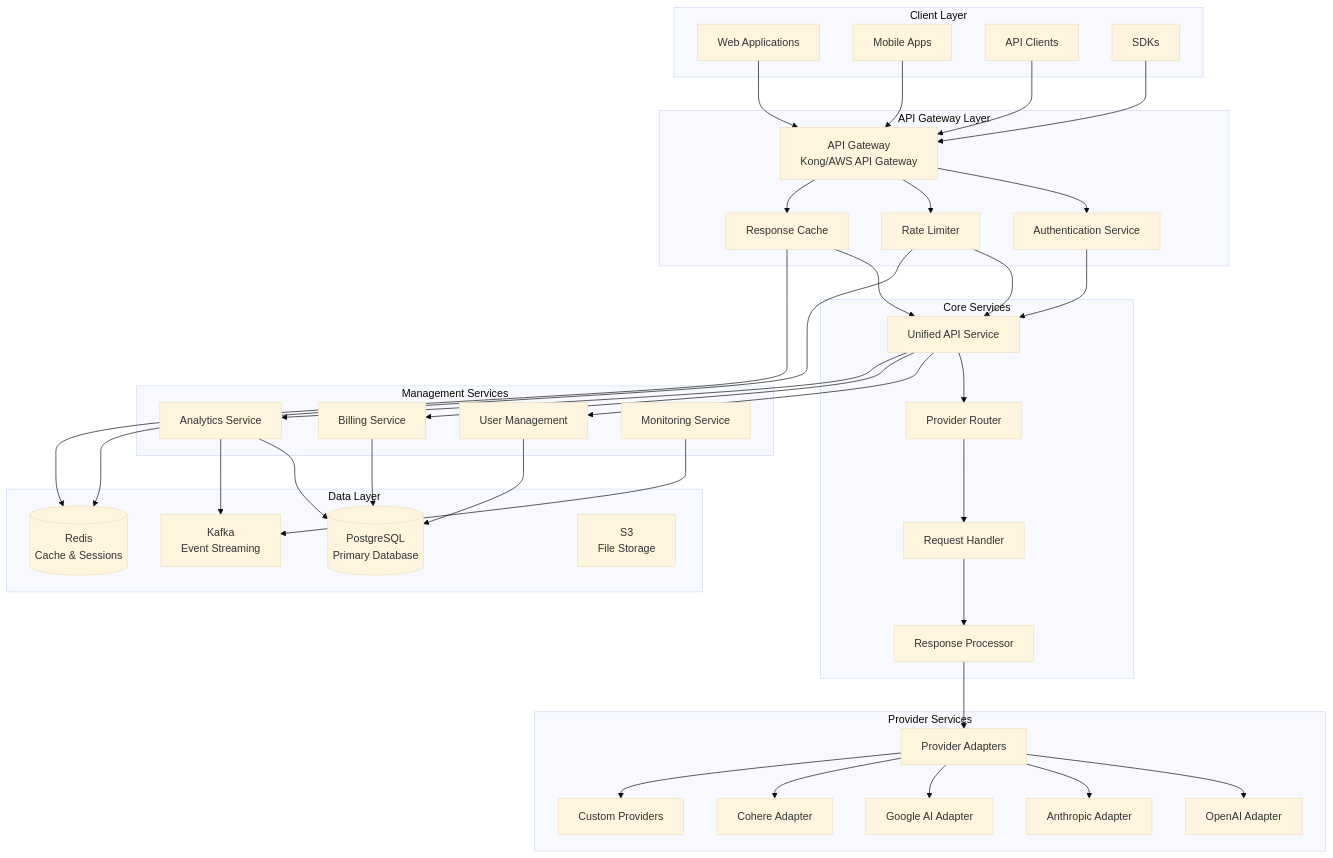
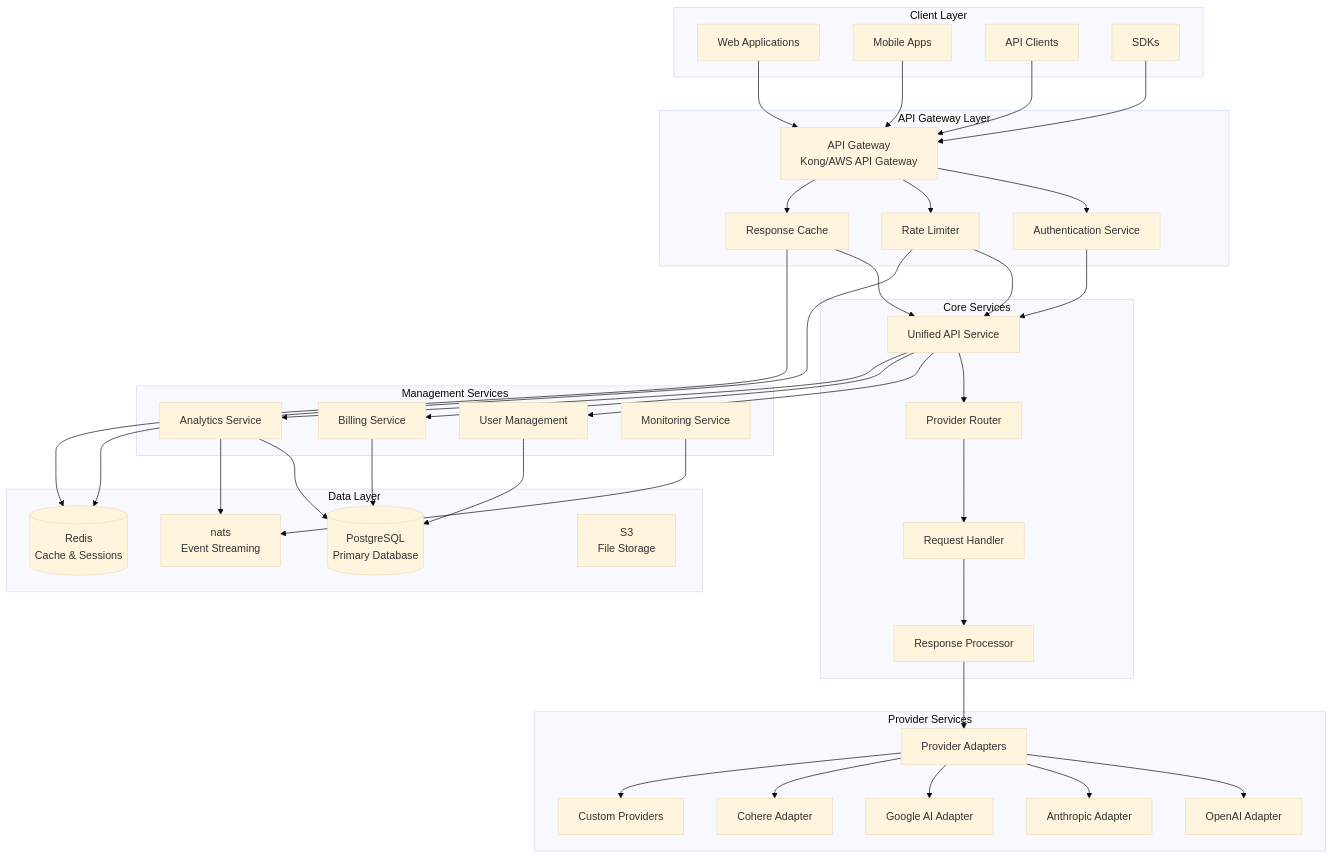
One commit to anurag925/bharatAI changed the diagram in ai-aggregator-architecture.md. Above: the diagram before and after it, drawn with Mermaid (base theme). The commit also changed other lines of this file, not shown here.

Commit message:
Replace Kafka with nats for event streaming in architecture documentation

````diff
--- a/ai-aggregator-architecture.md
+++ b/ai-aggregator-architecture.md
@@ -39,7 +39,7 @@
     subgraph "Data Layer"
         POSTGRES[(PostgreSQL<br/>Primary Database)]
         REDIS[(Redis<br/>Cache & Sessions)]
-        KAFKA[Kafka<br/>Event Streaming]
+        nats[nats<br/>Event Streaming]
         S3[S3<br/>File Storage]
     end
     
@@ -81,10 +81,10 @@
     USER_MGMT --> POSTGRES
     BILLING --> POSTGRES
     ANALYTICS --> POSTGRES
-    ANALYTICS --> KAFKA
+    ANALYTICS --> nats
     
     CACHE --> REDIS
     RATE_LIMIT --> REDIS
     
-    MONITORING --> KAFKA
+    MONITORING --> nats
 ```
````
